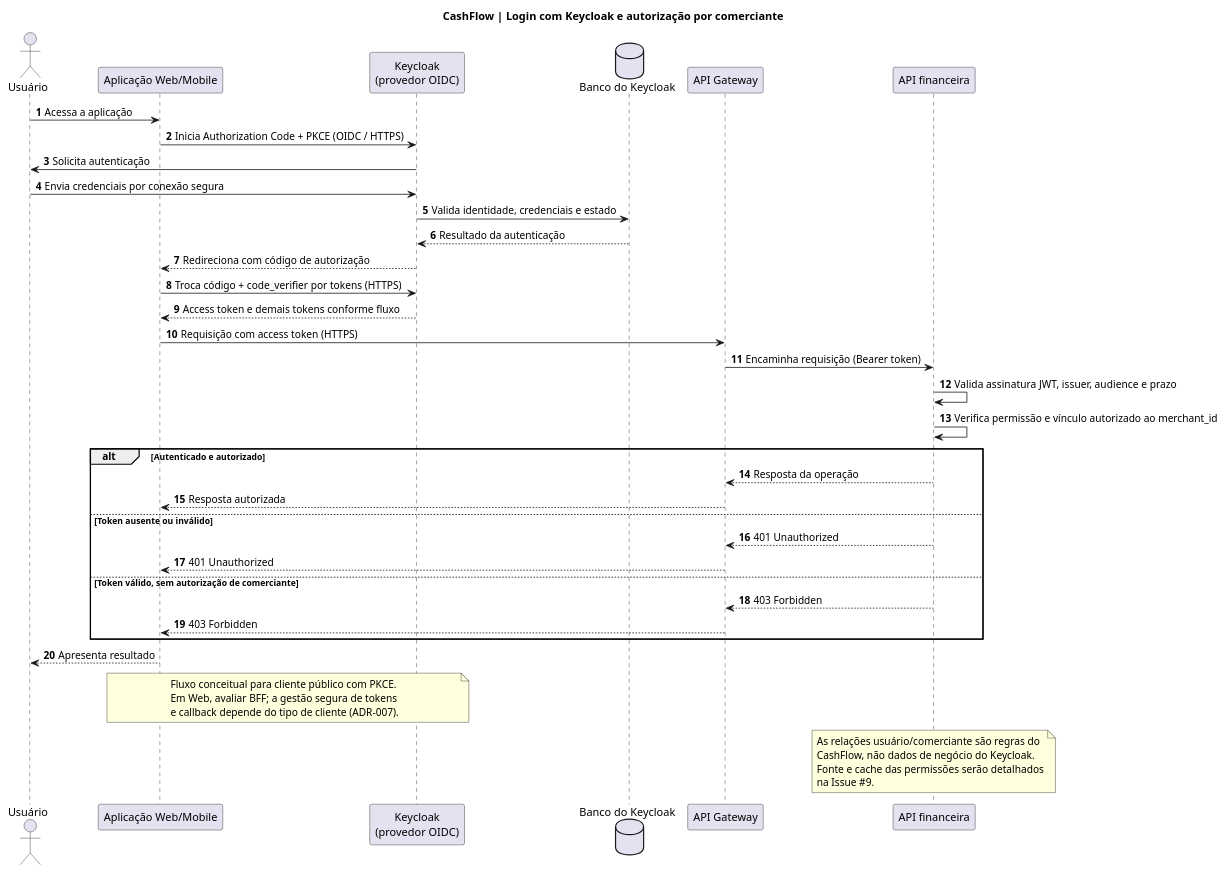
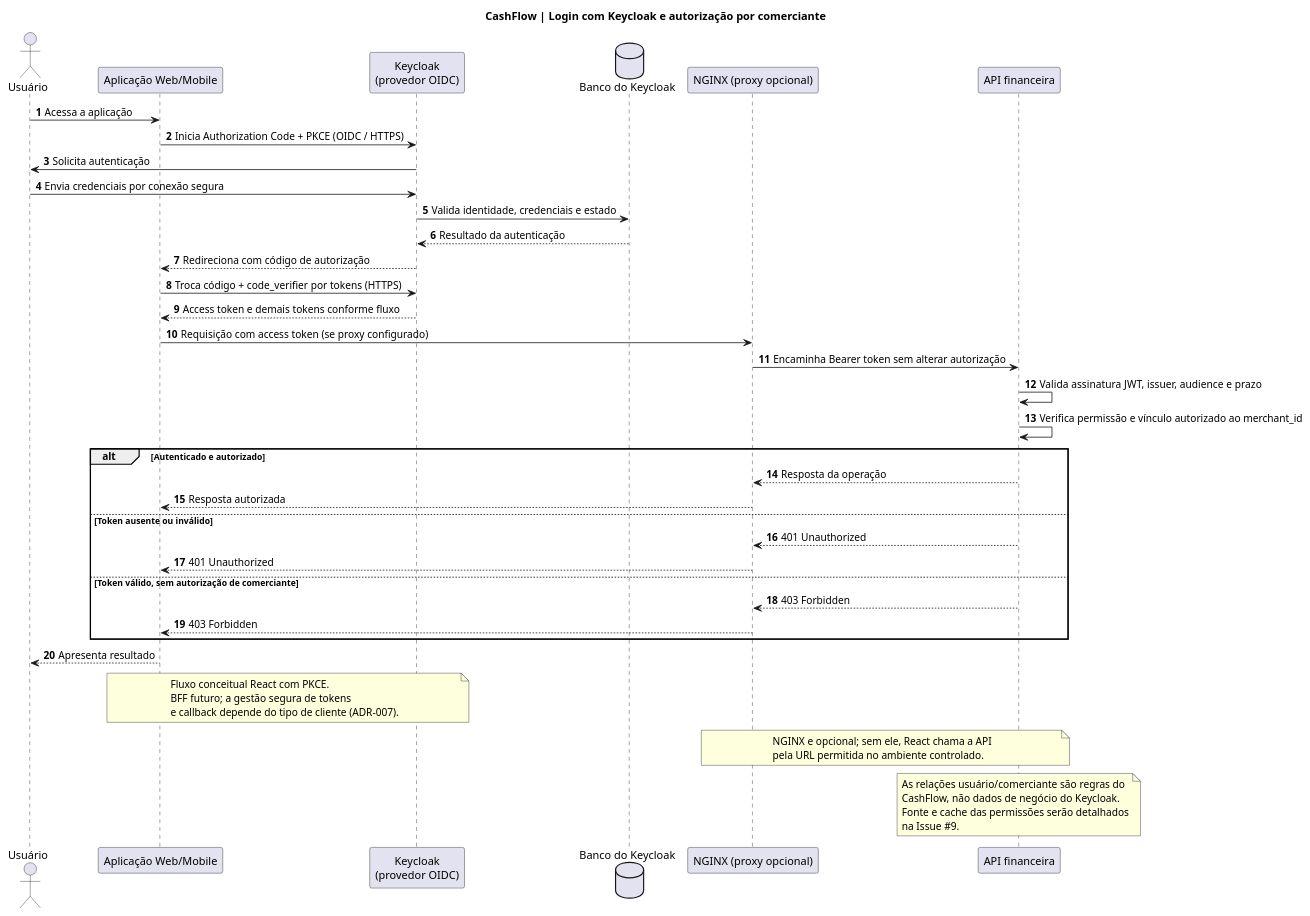
Before and after one commit to wolwerr/CashFlow-Architecture: the diagram in docs/architecture/plantuml/sequence-auth.puml, drawn with PlantUML.

Commit message:
docs(architecture): align C4 and sequences with optional NGINX proxy, defer API Gateway (#7)

```diff
--- a/docs/architecture/plantuml/sequence-auth.puml
+++ b/docs/architecture/plantuml/sequence-auth.puml
@@ -1,45 +1,49 @@
 @startuml CashFlow_Authentication
 title CashFlow | Login com Keycloak e autorização por comerciante
 autonumber
 actor "Usuário" as U
 participant "Aplicação Web/Mobile" as W
 participant "Keycloak\n(provedor OIDC)" as KC
 database "Banco do Keycloak" as DB
-participant "API Gateway" as G
+participant "NGINX (proxy opcional)" as G
 participant "API financeira" as API
 U -> W: Acessa a aplicação
 W -> KC: Inicia Authorization Code + PKCE (OIDC / HTTPS)
 KC -> U: Solicita autenticação
 U -> KC: Envia credenciais por conexão segura
 KC -> DB: Valida identidade, credenciais e estado
 DB --> KC: Resultado da autenticação
 KC --> W: Redireciona com código de autorização
 W -> KC: Troca código + code_verifier por tokens (HTTPS)
 KC --> W: Access token e demais tokens conforme fluxo
-W -> G: Requisição com access token (HTTPS)
-G -> API: Encaminha requisição (Bearer token)
+W -> G: Requisição com access token (se proxy configurado)
+G -> API: Encaminha Bearer token sem alterar autorização
 API -> API: Valida assinatura JWT, issuer, audience e prazo
 API -> API: Verifica permissão e vínculo autorizado ao merchant_id
 alt Autenticado e autorizado
   API --> G: Resposta da operação
   G --> W: Resposta autorizada
 else Token ausente ou inválido
   API --> G: 401 Unauthorized
   G --> W: 401 Unauthorized
 else Token válido, sem autorização de comerciante
   API --> G: 403 Forbidden
   G --> W: 403 Forbidden
 end
 W --> U: Apresenta resultado
 note over W,KC
-Fluxo conceitual para cliente público com PKCE.
-Em Web, avaliar BFF; a gestão segura de tokens
+Fluxo conceitual React com PKCE.
+BFF futuro; a gestão segura de tokens
 e callback depende do tipo de cliente (ADR-007).
+end note
+note over G,API
+NGINX e opcional; sem ele, React chama a API
+pela URL permitida no ambiente controlado.
 end note
 note over API
 As relações usuário/comerciante são regras do
 CashFlow, não dados de negócio do Keycloak.
 Fonte e cache das permissões serão detalhados
 na Issue #9.
 end note
 @enduml
```
